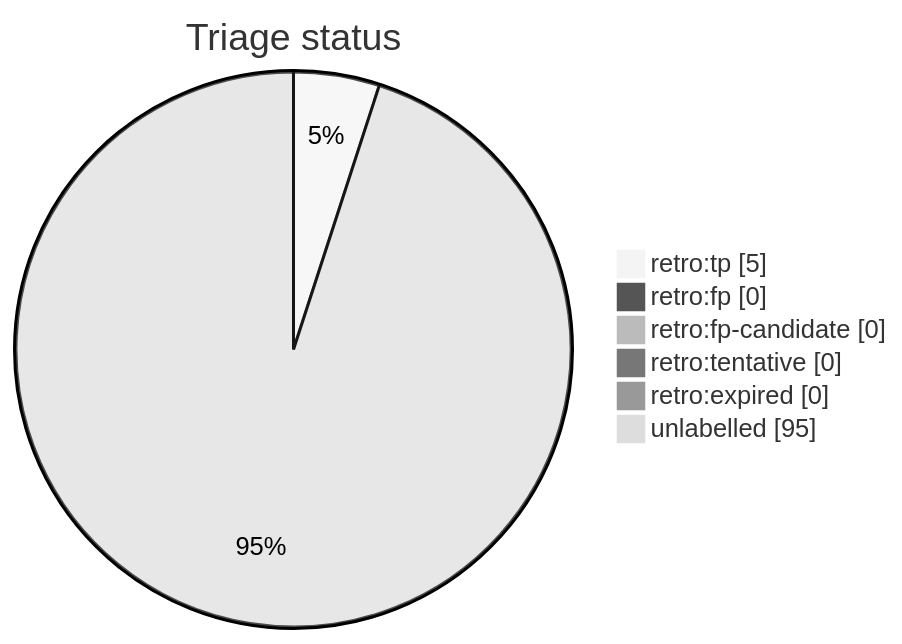
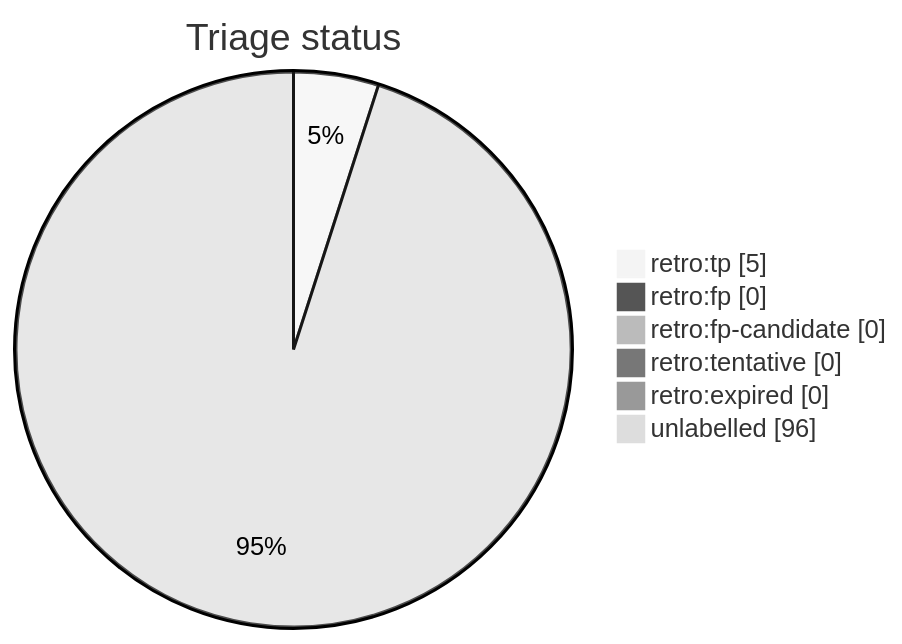
Before and after one commit to tvna/claude-md: the diagram in docs/generated/scripts/auto-retro-triage-report.md, drawn with Mermaid (neutral theme). The commit also changed other lines of this file, not shown here.

````diff
--- a/docs/generated/scripts/auto-retro-triage-report.md
+++ b/docs/generated/scripts/auto-retro-triage-report.md
@@ -20,10 +20,10 @@
 ```mermaid
 pie showData
     title Triage status
     "retro:tp" : 5
     "retro:fp" : 0
     "retro:fp-candidate" : 0
     "retro:tentative" : 0
     "retro:expired" : 0
-    "unlabelled" : 95
+    "unlabelled" : 96
 ```
````
